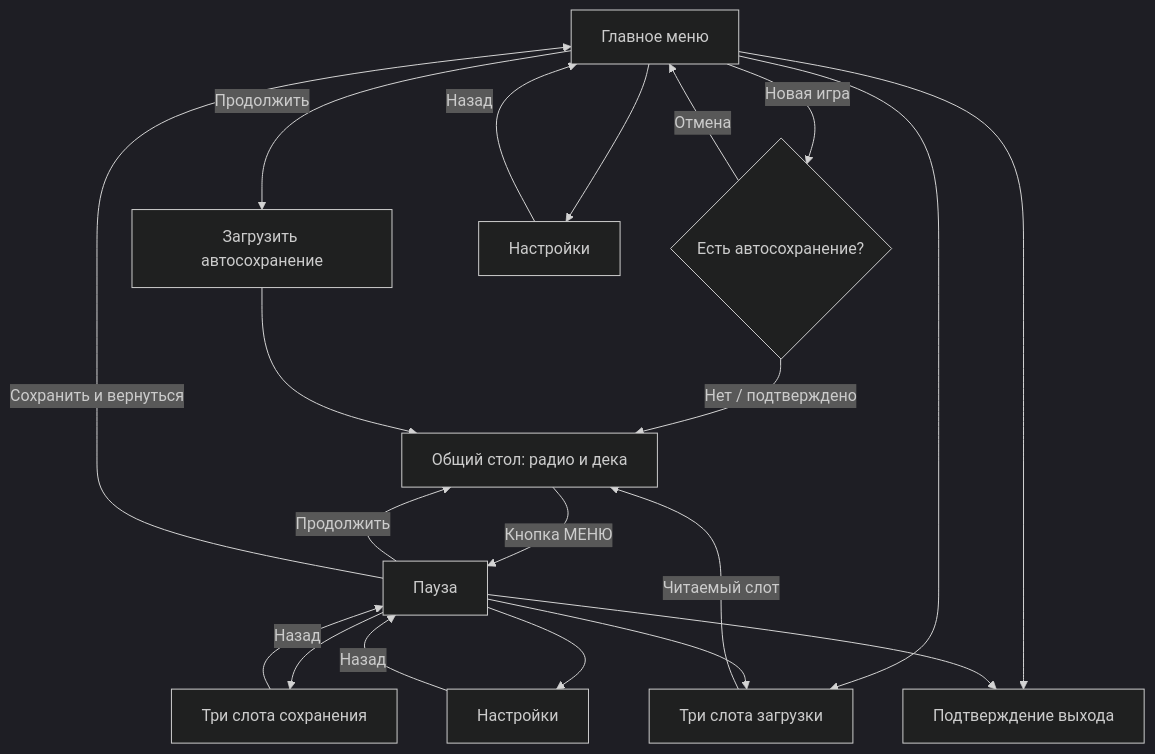
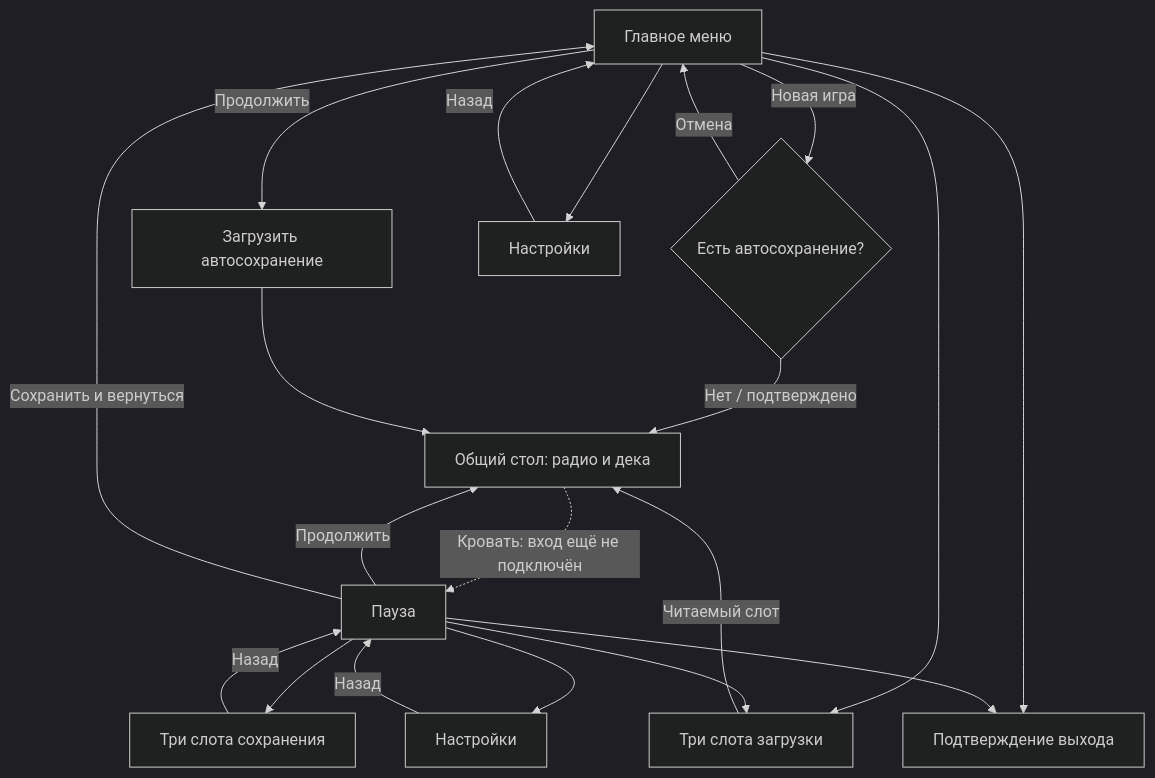
Before and after one commit to Doki33935/DEAD-AIR: the diagram in docs/MAIN_MENU_FLOW.md, drawn with Mermaid (dark theme). The commit also changed other lines of this file and 58 other files, not shown here.

````diff
--- a/docs/MAIN_MENU_FLOW.md
+++ b/docs/MAIN_MENU_FLOW.md
@@ -23,22 +23,22 @@
 ```mermaid
 flowchart TD
     M[Главное меню] -->|Новая игра| N{Есть автосохранение?}
     N -->|Нет / подтверждено| G[Общий стол: радио и дека]
     N -->|Отмена| M
     M -->|Продолжить| A[Загрузить автосохранение]
     A --> G
     M --> L[Три слота загрузки]
     L -->|Читаемый слот| G
     M --> O[Настройки]
     O -->|Назад| M
-    G -->|Кнопка МЕНЮ| P[Пауза]
+    G -.->|Кровать: вход ещё не подключён| P[Пауза]
     P -->|Продолжить| G
     P --> S[Три слота сохранения]
     S -->|Назад| P
     P --> L
     P --> O2[Настройки]
     O2 -->|Назад| P
     P -->|Сохранить и вернуться| M
     M --> Q[Подтверждение выхода]
     P --> Q
 ```
````
